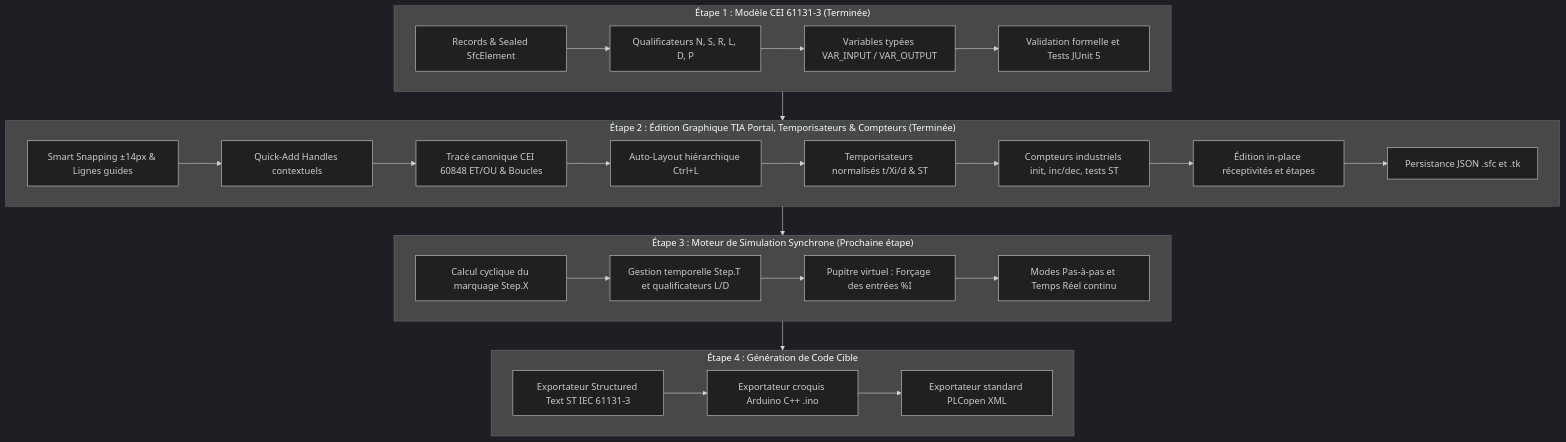
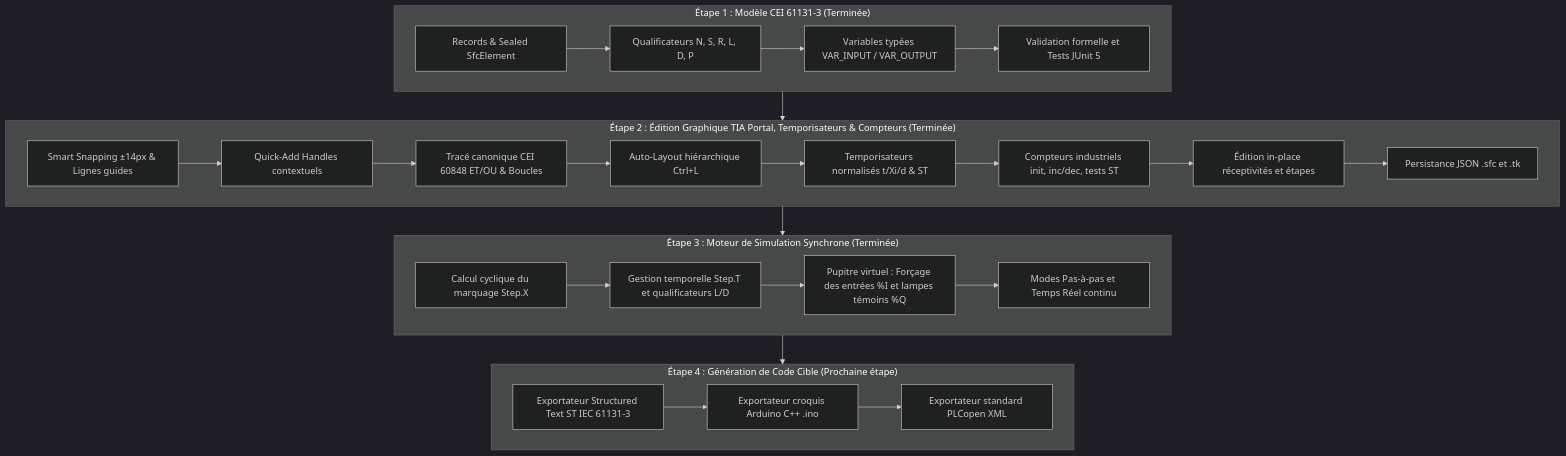
The diagram in AGENTS.md (TAHRI-Khalid/Grafino), drawn with Mermaid (dark theme) before and after one commit. The commit also changed other lines of this file and 14 other files, not shown here.

Commit message:
feat: ajout du moteur de simulation synchrone CEI 60848 et du pupitre virtuel E/S

````diff
--- a/AGENTS.md
+++ b/AGENTS.md
@@ -244,33 +251,33 @@
 ```mermaid
 flowchart TD
     subgraph Etape1 ["Étape 1 : Modèle CEI 61131-3 (Terminée)"]
         A1[Records & Sealed SfcElement] --> A2[Qualificateurs N, S, R, L, D, P]
         A2 --> A3[Variables typées VAR_INPUT / VAR_OUTPUT]
         A3 --> A4[Validation formelle et Tests JUnit 5]
     end
 
     subgraph Etape2 ["Étape 2 : Édition Graphique TIA Portal, Temporisateurs & Compteurs (Terminée)"]
         B1[Smart Snapping ±14px & Lignes guides] --> B2[Quick-Add Handles contextuels]
         B2 --> B3[Tracé canonique CEI 60848 ET/OU & Boucles]
         B3 --> B4[Auto-Layout hiérarchique Ctrl+L]
         B4 --> B5[Temporisateurs normalisés t/Xi/d & ST]
         B5 --> B6[Compteurs industriels init, inc/dec, tests ST]
         B6 --> B7[Édition in-place réceptivités et étapes]
         B7 --> B8[Persistance JSON .sfc et .tk]
     end
 
-    subgraph Etape3 ["Étape 3 : Moteur de Simulation Synchrone (Prochaine étape)"]
+    subgraph Etape3 ["Étape 3 : Moteur de Simulation Synchrone (Terminée)"]
         C1[Calcul cyclique du marquage Step.X] --> C2[Gestion temporelle Step.T et qualificateurs L/D]
-        C2 --> C3[Pupitre virtuel : Forçage des entrées %I]
+        C2 --> C3[Pupitre virtuel : Forçage des entrées %I et lampes témoins %Q]
         C3 --> C4[Modes Pas-à-pas et Temps Réel continu]
     end
 
-    subgraph Etape4 ["Étape 4 : Génération de Code Cible"]
+    subgraph Etape4 ["Étape 4 : Génération de Code Cible (Prochaine étape)"]
         D1[Exportateur Structured Text ST IEC 61131-3] --> D2[Exportateur croquis Arduino C++ .ino]
         D2 --> D3[Exportateur standard PLCopen XML]
     end
 
     Etape1 --> Etape2
     Etape2 --> Etape3
     Etape3 --> Etape4
 ```
````
